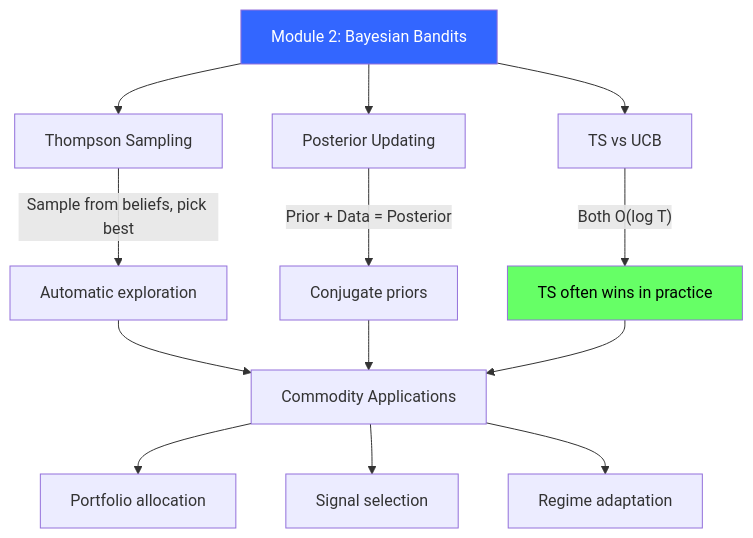
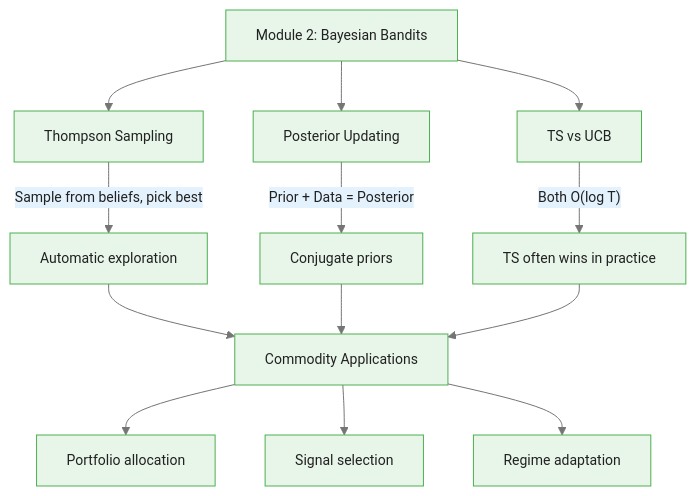
The third of 3 diagrams in courses/multi-armed-bandits-ab-testing/modules/module_02_bayesian_bandits/guides/cheatsheet_slides.md (m-deane/course-creator), drawn with Mermaid before and after one commit. The commit also changed other lines of this file and 146 other files, not shown here.

````diff
--- a/courses/multi-armed-bandits-ab-testing/modules/module_02_bayesian_bandits/guides/cheatsheet_slides.md
+++ b/courses/multi-armed-bandits-ab-testing/modules/module_02_bayesian_bandits/guides/cheatsheet_slides.md
@@ -226,21 +272,19 @@
 ```mermaid
+%%{init: {"theme": "base", "themeVariables": {"primaryColor": "#e8f5e9", "primaryBorderColor": "#4caf50", "primaryTextColor": "#212121", "secondaryColor": "#e3f2fd", "tertiaryColor": "#fff8e1", "lineColor": "#757575", "fontFamily": "Inter, sans-serif", "fontSize": "14px"}}}%%
 flowchart TD
     M2["Module 2: Bayesian Bandits"] --> TS_m["Thompson Sampling"]
     M2 --> PU["Posterior Updating"]
     M2 --> Comp["TS vs UCB"]
 
     TS_m --> |"Sample from beliefs, pick best"| Auto_m["Automatic exploration"]
     PU --> |"Prior + Data = Posterior"| Conj_m["Conjugate priors"]
     Comp --> |"Both O(log T)"| Practice["TS often wins in practice"]
 
     Auto_m --> Commodity["Commodity Applications"]
     Conj_m --> Commodity
     Practice --> Commodity
 
     Commodity --> Port_m["Portfolio allocation"]
     Commodity --> Signal["Signal selection"]
     Commodity --> Regime["Regime adaptation"]
-
-    style M2 fill:#36f,color:#fff
-    style Practice fill:#6f6,color:#000
 ```
````
